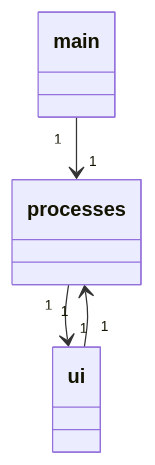
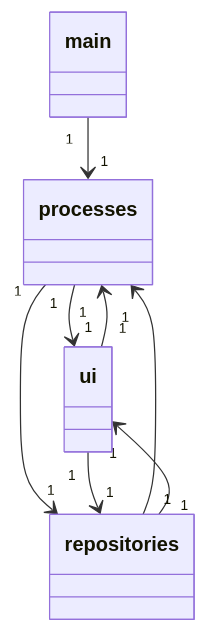
One commit to platipus82/ot-harjoitustyo changed the first of 3 diagrams in dokumentaatio/arkkitehtuuri.MD. Above: the diagram before and after it, drawn with Mermaid.

````diff
--- a/dokumentaatio/arkkitehtuuri.MD
+++ b/dokumentaatio/arkkitehtuuri.MD
@@ -8,17 +8,26 @@
 ```mermaid
 classDiagram
     main "1" --> "1" processes 
     ui "1" --> "1" processes 
     processes "1" --> "1" ui 
+    processes "1" --> "1" repositories 
+    repositories "1" --> "1" processes 
+    ui "1" --> "1" repositories 
+    repositories "1" --> "1" ui 
+
     class processes{
+    
+    }
+    
+    class repositories{ 
     
     }
     
     class ui{ 
     
     }
     
     class main{ 
     
     }
 ```
````
